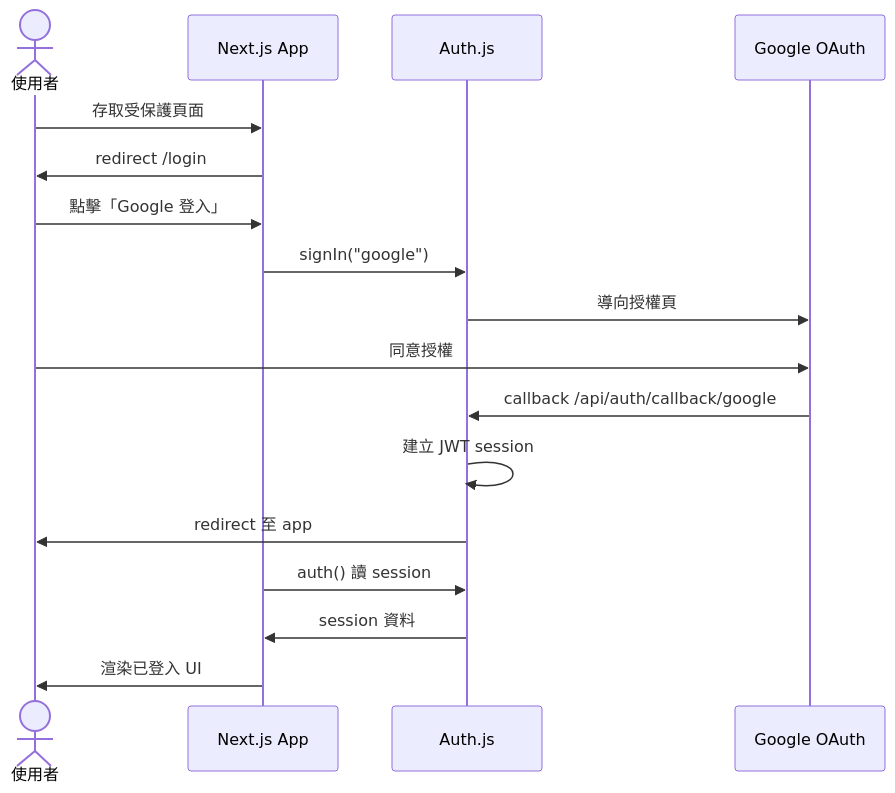
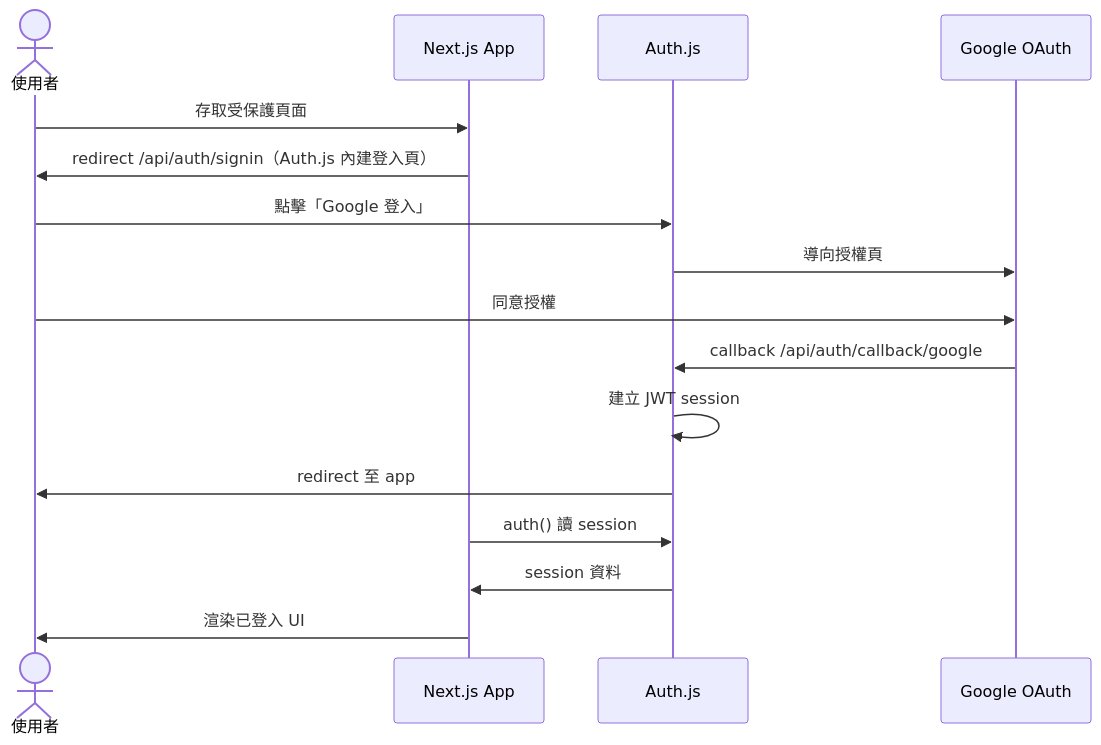
The first of 2 diagrams in docs/auth/01-overview.md (thementorship-tw/thementorship-exchange-app), drawn with Mermaid before and after one commit. The commit also changed other lines of this file and 1 other file, not shown here.

````diff
--- a/docs/auth/01-overview.md
+++ b/docs/auth/01-overview.md
@@ -154,20 +154,19 @@
 ```mermaid
 sequenceDiagram
     actor User as 使用者
     participant App as Next.js App
     participant Auth as Auth.js
     participant Google as Google OAuth
 
     User->>App: 存取受保護頁面
-    App->>User: redirect /login
-    User->>App: 點擊「Google 登入」
-    App->>Auth: signIn("google")
+    App->>User: redirect /api/auth/signin（Auth.js 內建登入頁）
+    User->>Auth: 點擊「Google 登入」
     Auth->>Google: 導向授權頁
     User->>Google: 同意授權
     Google->>Auth: callback /api/auth/callback/google
     Auth->>Auth: 建立 JWT session
     Auth->>User: redirect 至 app
     App->>Auth: auth() 讀 session
     Auth->>App: session 資料
     App->>User: 渲染已登入 UI
 ```
````
